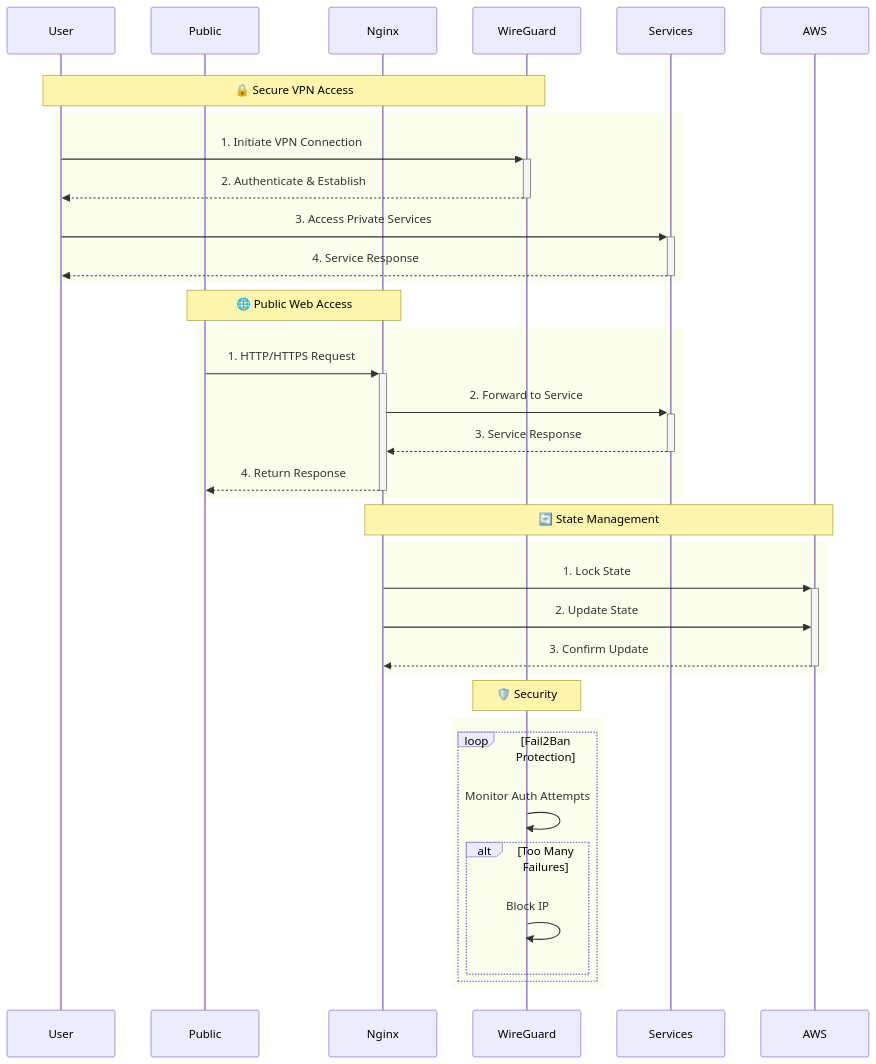
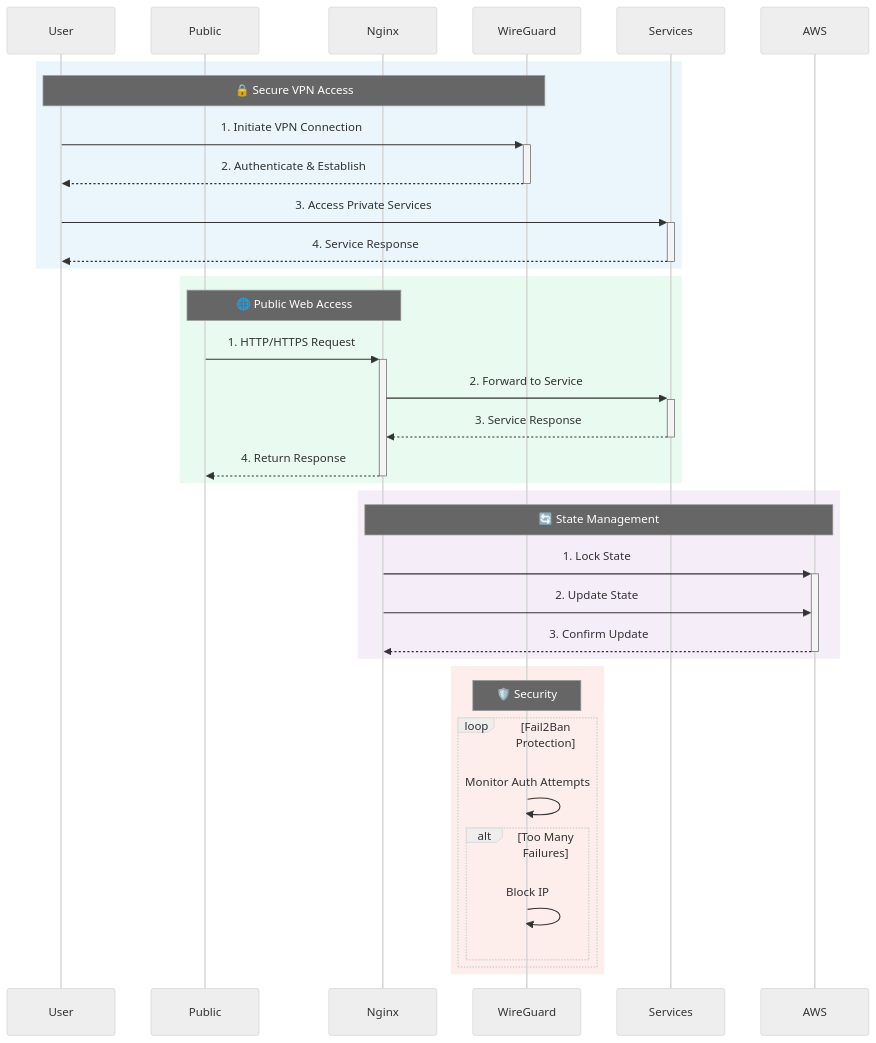
Before and after one commit to aaronreynoza/infra-core: the second of 3 diagrams in README.md, drawn with Mermaid.

````diff
--- a/README.md
+++ b/README.md
@@ -106,51 +106,48 @@
 ```mermaid
+%%{init: {'theme': 'neutral'}}%%
 sequenceDiagram
-    %% Set default styles
-    rect rgb(255, 255, 255)
-    
     %% Define participants
     participant U as User
     participant P as Public
     participant N as Nginx
     participant W as WireGuard
     participant S as Services
     participant A as AWS
-    
+
     %% VPN Connection Flow
-    Note over U,W: 🔒 Secure VPN Access
-    rect #e3f2fd
+    rect rgba(52, 152, 219, 0.1)
+        Note over U,W: 🔒 Secure VPN Access
         U->>+W: 1. Initiate VPN Connection
         W-->>-U: 2. Authenticate & Establish
         U->>+S: 3. Access Private Services
         S-->>-U: 4. Service Response
     end
     
     %% Public Access Flow
-    Note over P,N: 🌐 Public Web Access
-    rect #e8f5e9
+    rect rgba(46, 204, 113, 0.1)
+        Note over P,N: 🌐 Public Web Access
         P->>+N: 1. HTTP/HTTPS Request
         N->>+S: 2. Forward to Service
         S-->>-N: 3. Service Response
         N-->>-P: 4. Return Response
     end
     
     %% State Management
-    Note over N,A: 🔄 State Management
-    rect #f3e5f5
+    rect rgba(155, 89, 182, 0.1)
+        Note over N,A: 🔄 State Management
         N->>+A: 1. Lock State
         N->>A: 2. Update State
         A-->>-N: 3. Confirm Update
     end
     
     %% Security Monitoring
-    Note over W: 🛡️ Security
-    rect #ffebee
+    rect rgba(231, 76, 60, 0.1)
+        Note over W: 🛡️ Security
         loop Fail2Ban Protection
             W->>W: Monitor Auth Attempts
             alt Too Many Failures
                 W->>W: Block IP
             end
         end
     end
-    end
 ```
````
